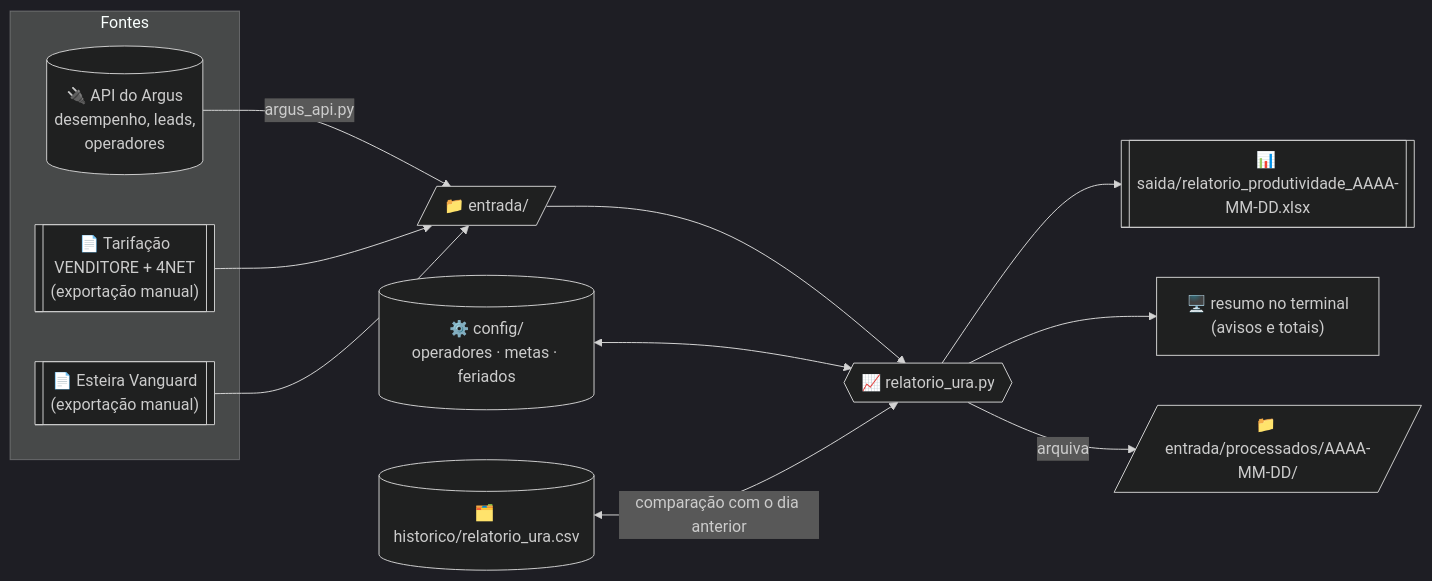
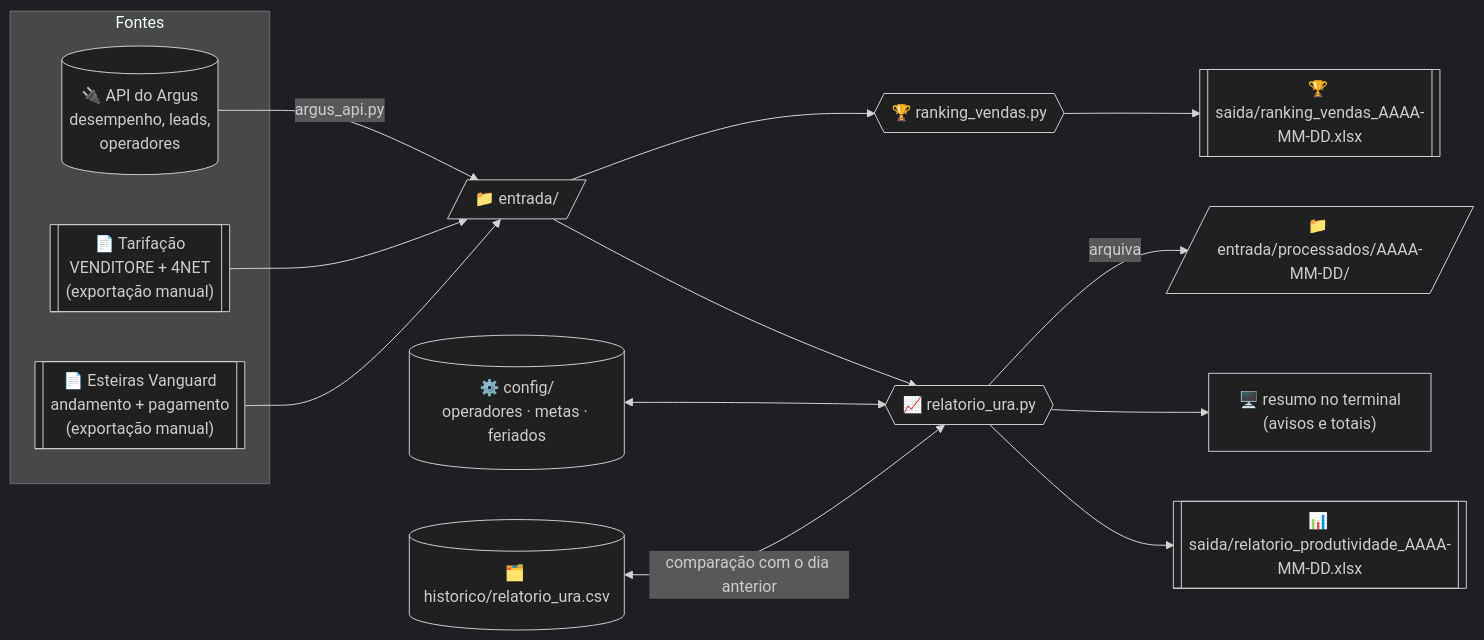
One commit to nanzinx/Benzaiten changed the diagram in README.md. Above: the diagram before and after it, drawn with Mermaid (dark theme). The commit also changed other lines of this file and 8 other files, not shown here.

````diff
--- a/README.md
+++ b/README.md
@@ -67,17 +70,19 @@
 ```mermaid
 flowchart LR
     subgraph Fontes
         A[("🔌 API do Argus<br/>desempenho, leads,<br/>operadores")]
         B[["📄 Tarifação<br/>VENDITORE + 4NET<br/>(exportação manual)"]]
-        C[["📄 Esteira Vanguard<br/>(exportação manual)"]]
+        C[["📄 Esteiras Vanguard<br/>andamento + pagamento<br/>(exportação manual)"]]
     end
     A -->|argus_api.py| E[/"📁 entrada/"/]
     B --> E
     C --> E
     E --> R{{"📈 relatorio_ura.py"}}
     K[("⚙️ config/<br/>operadores · metas · feriados")] <--> R
     H[("🗂️ historico/relatorio_ura.csv")] <-->|comparação com o dia anterior| R
     R --> S[["📊 saida/relatorio_produtividade_AAAA-MM-DD.xlsx"]]
     R --> T["🖥️ resumo no terminal<br/>(avisos e totais)"]
     R -->|arquiva| P[/"📁 entrada/processados/AAAA-MM-DD/"/]
+    E --> RK{{"🏆 ranking_vendas.py"}}
+    RK --> S2[["🏆 saida/ranking_vendas_AAAA-MM-DD.xlsx"]]
 ```
````
